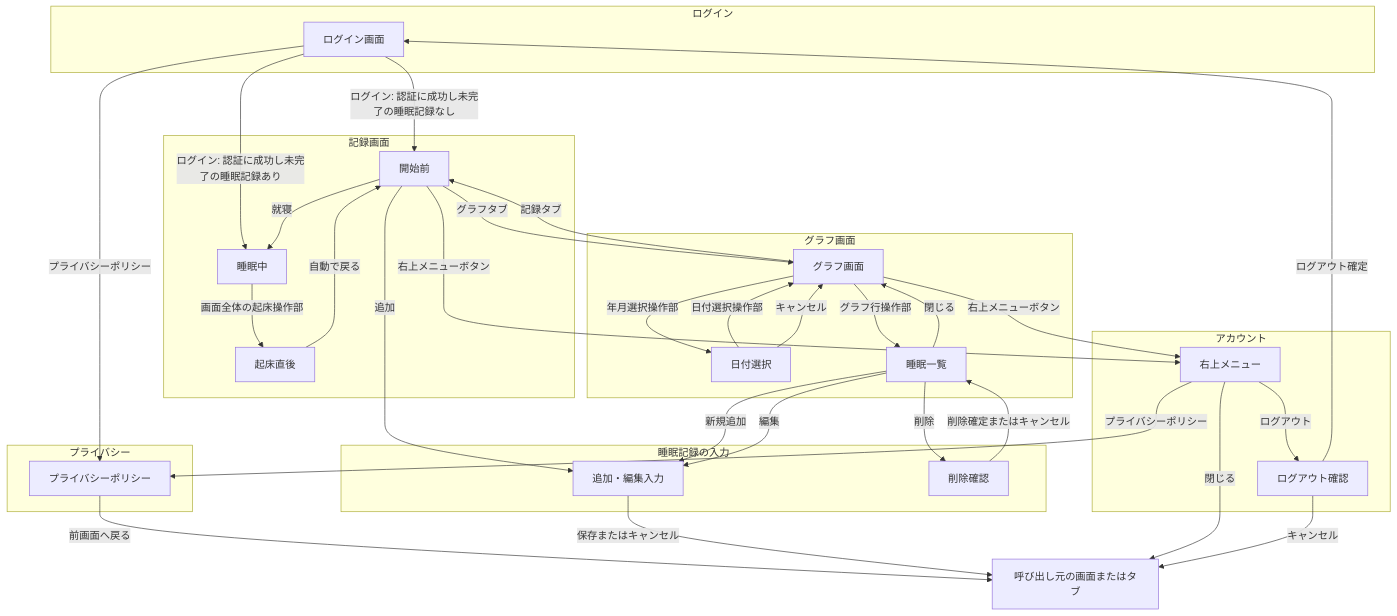
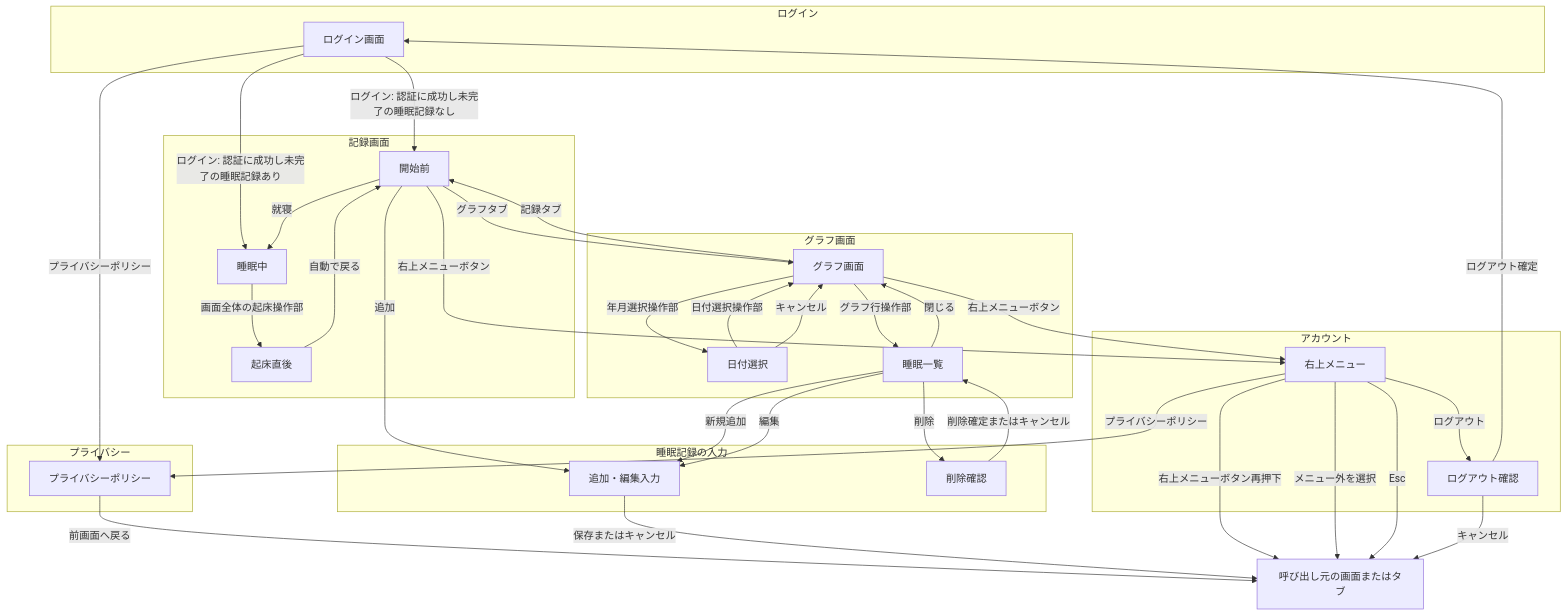
The diagram in docs/v0/specification.md (mimijima/SleepLog), drawn with Mermaid before and after one commit. The commit also changed other lines of this file and 7 other files, not shown here.

Commit message:
design: define common account menu

````diff
--- a/docs/v0/specification.md
+++ b/docs/v0/specification.md
@@ -98,65 +98,67 @@
 ```mermaid
 flowchart TD
     subgraph loginCategory["ログイン"]
         loginScreen["ログイン画面"]
     end
 
     subgraph recordCategory["記録画面"]
         recordStart["開始前"]
         sleepingScreen["睡眠中"]
         wakeComplete["起床直後"]
     end
 
     subgraph graphCategory["グラフ画面"]
         graphScreen["グラフ画面"]
         datePicker["日付選択"]
         sleepList["睡眠一覧"]
     end
 
     subgraph inputCategory["睡眠記録の入力"]
         recordInput["追加・編集入力"]
         deleteConfirm["削除確認"]
     end
 
     subgraph privacyCategory["プライバシー"]
         privacyPolicy["プライバシーポリシー"]
     end
 
     subgraph accountCategory["アカウント"]
         accountMenu["右上メニュー"]
         logoutConfirm["ログアウト確認"]
     end
 
     caller["呼び出し元の画面またはタブ"]
 
     loginScreen -->|プライバシーポリシー| privacyPolicy
     privacyPolicy -->|前画面へ戻る| caller
     loginScreen -->|ログイン: 認証に成功し未完了の睡眠記録なし| recordStart
     loginScreen -->|ログイン: 認証に成功し未完了の睡眠記録あり| sleepingScreen
 
     recordStart -->|就寝| sleepingScreen
     sleepingScreen -->|画面全体の起床操作部| wakeComplete
     wakeComplete -->|自動で戻る| recordStart
     recordStart -->|グラフタブ| graphScreen
     graphScreen -->|記録タブ| recordStart
     recordStart -->|追加| recordInput
 
     graphScreen -->|年月選択操作部| datePicker
     datePicker -->|日付選択操作部| graphScreen
     datePicker -->|キャンセル| graphScreen
     graphScreen -->|グラフ行操作部| sleepList
     sleepList -->|閉じる| graphScreen
     sleepList -->|新規追加| recordInput
     sleepList -->|編集| recordInput
     recordInput -->|保存またはキャンセル| caller
     sleepList -->|削除| deleteConfirm
     deleteConfirm -->|削除確定またはキャンセル| sleepList
 
     recordStart -->|右上メニューボタン| accountMenu
     graphScreen -->|右上メニューボタン| accountMenu
-    accountMenu -->|閉じる| caller
+    accountMenu -->|右上メニューボタン再押下| caller
+    accountMenu -->|メニュー外を選択| caller
+    accountMenu -->|Esc| caller
     accountMenu -->|プライバシーポリシー| privacyPolicy
     accountMenu -->|ログアウト| logoutConfirm
     logoutConfirm -->|ログアウト確定| loginScreen
     logoutConfirm -->|キャンセル| caller
 ```
````
